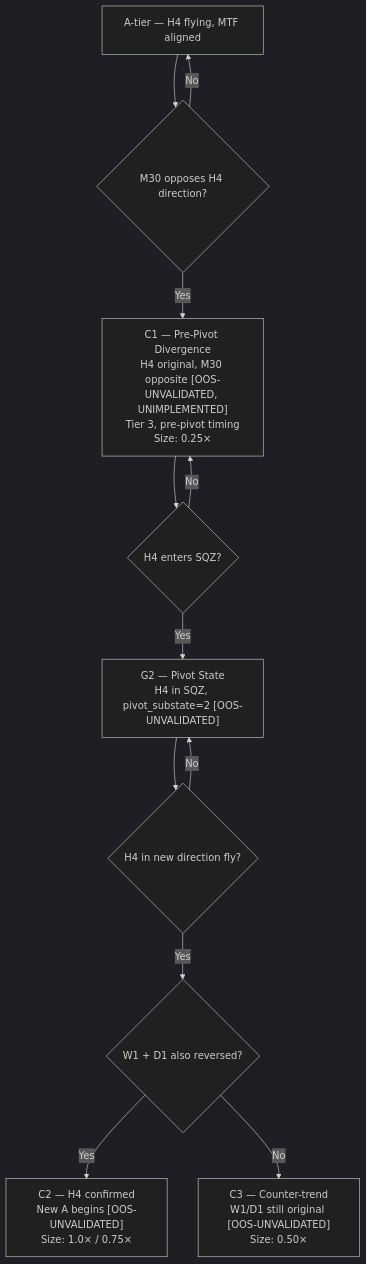
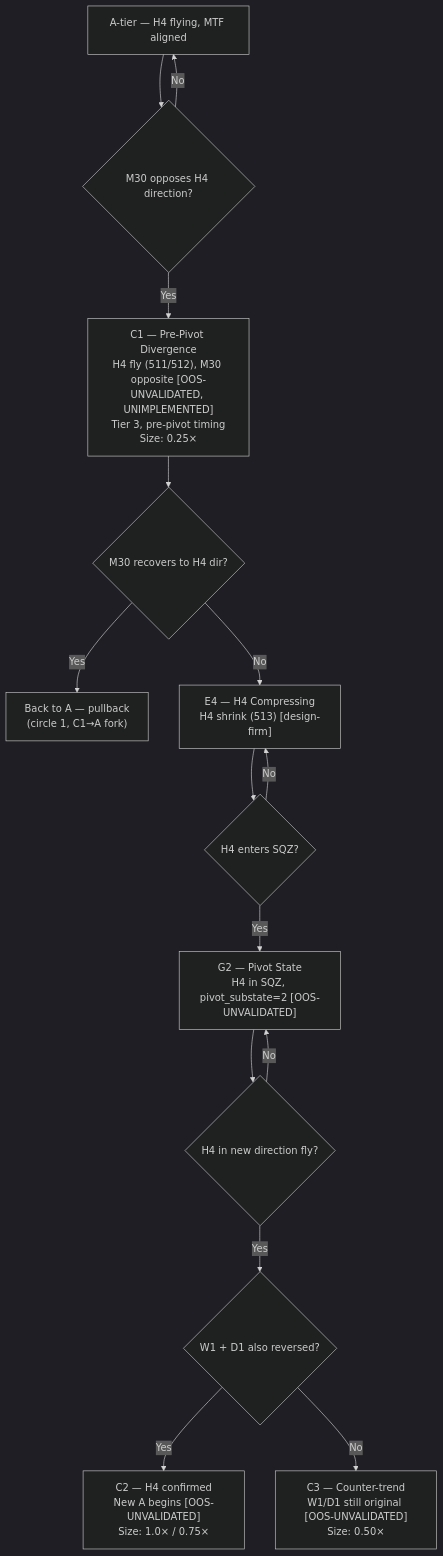
Diagram 29 of 29 in references/backtest_chart_analysis.md (Terrypang89/BB_MTF_M15_STRATEGY), drawn with Mermaid (dark theme) before and after one commit. The commit also changed other lines of this file and 1 other file, not shown here.

````diff
--- a/references/backtest_chart_analysis.md
+++ b/references/backtest_chart_analysis.md
@@ -3856,14 +3866,17 @@
 ```mermaid
 flowchart TD
     A["A-tier — H4 flying, MTF aligned"] --> B{"M30 opposes H4 direction?"}
     B -->|No| A
-    B -->|Yes| C1s["C1 — Pre-Pivot Divergence\nH4 original, M30 opposite [OOS-UNVALIDATED, UNIMPLEMENTED]\nTier 3, pre-pivot timing\nSize: 0.25×"]
-    C1s --> C{"H4 enters SQZ?"}
-    C -->|No| C1s
-    C -->|Yes| G2s["G2 — Pivot State\nH4 in SQZ, pivot_substate=2 [OOS-UNVALIDATED]"]
-    G2s --> D{"H4 in new direction fly?"}
-    D -->|No| G2s
-    D -->|Yes| C_node{"W1 + D1 also reversed?"}
+    B -->|Yes| C1s["C1 — Pre-Pivot Divergence\nH4 fly (511/512), M30 opposite [OOS-UNVALIDATED, UNIMPLEMENTED]\nTier 3, pre-pivot timing\nSize: 0.25×"]
+    C1s --> C{"M30 recovers to H4 dir?"}
+    C -->|Yes| A2["Back to A — pullback\n(circle 1, C1→A fork)"]
+    C -->|No| E4s["E4 — H4 Compressing\nH4 shrink (513) [design-firm]"]
+    E4s --> D{"H4 enters SQZ?"}
+    D -->|No| E4s
+    D -->|Yes| G2s["G2 — Pivot State\nH4 in SQZ, pivot_substate=2 [OOS-UNVALIDATED]"]
+    G2s --> F{"H4 in new direction fly?"}
+    F -->|No| G2s
+    F -->|Yes| C_node{"W1 + D1 also reversed?"}
     C_node -->|Yes| C2s["C2 — H4 confirmed\nNew A begins [OOS-UNVALIDATED]\nSize: 1.0× / 0.75×"]
     C_node -->|No| C3s["C3 — Counter-trend\nW1/D1 still original [OOS-UNVALIDATED]\nSize: 0.50×"]
 ```
````
